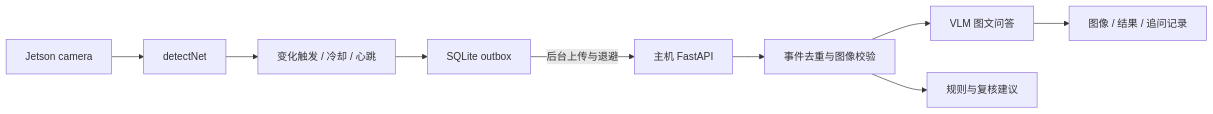
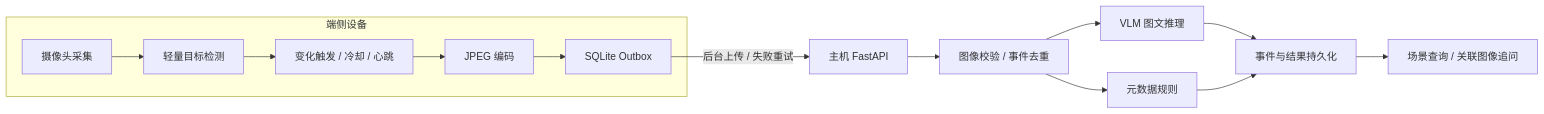
One commit to cooper-ee/roadside-multimodal-agent changed the diagram in README.md. Above: the diagram before and after it, drawn with Mermaid. The commit also changed other lines of this file, not shown here.

````diff
--- a/README.md
+++ b/README.md
@@ -15,11 +29,16 @@
 ```mermaid
 flowchart LR
-    C[Jetson camera] --> D[detectNet]
-    D --> G[变化触发 / 冷却 / 心跳]
-    G --> O[SQLite outbox]
-    O -->|后台上传与退避| API[主机 FastAPI]
-    API --> I[事件去重与图像校验]
-    I --> V[VLM 图文问答]
-    I --> R[规则与复核建议]
-    V --> DB[图像 / 结果 / 追问记录]
+    subgraph Edge[端侧设备]
+        C[摄像头采集] --> D[轻量目标检测]
+        D --> G[变化触发 / 冷却 / 心跳]
+        G --> J[JPEG 编码]
+        J --> O[SQLite Outbox]
+    end
+    O -->|后台上传 / 失败重试| API[主机 FastAPI]
+    API --> I[图像校验 / 事件去重]
+    I --> V[VLM 图文推理]
+    I --> R[元数据规则]
+    V --> S[事件与结果持久化]
+    R --> S
+    S --> Q[场景查询 / 关联图像追问]
 ```
````
